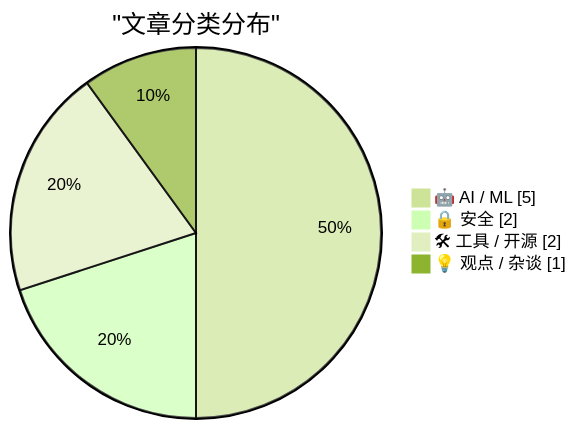
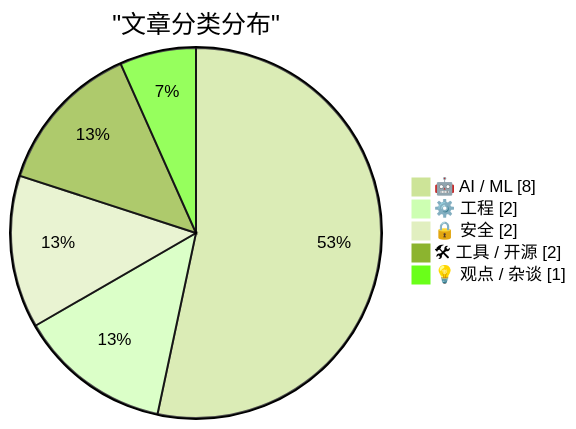
Before and after one commit to vacat/vacat.github.io: the first of 2 diagrams in content/blog/daily-digest-20260303.zh.md, drawn with Mermaid (forest theme). The commit also changed other lines of this file and 1 other file, not shown here.

````diff
--- a/content/blog/daily-digest-20260303.zh.md
+++ b/content/blog/daily-digest-20260303.zh.md
@@ -61,8 +55,9 @@
 ```mermaid
 pie showData
     title "文章分类分布"
-    "🤖 AI / ML" : 5
+    "🤖 AI / ML" : 8
+    "⚙️ 工程" : 2
     "🔒 安全" : 2
     "🛠 工具 / 开源" : 2
     "💡 观点 / 杂谈" : 1
 ```
````
